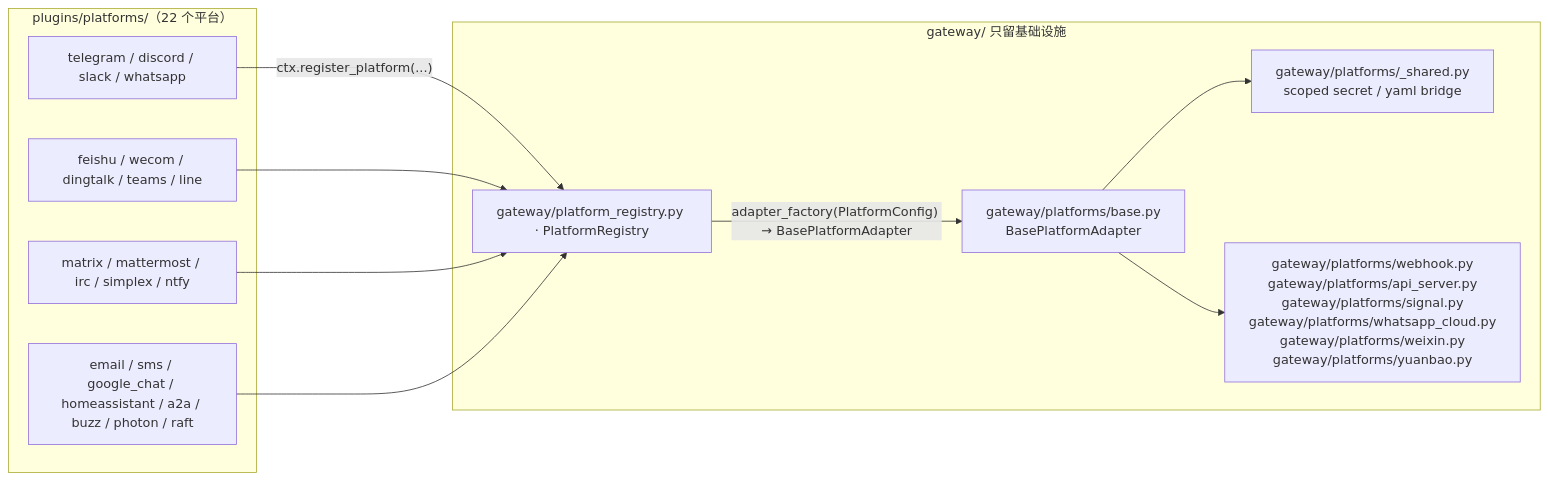
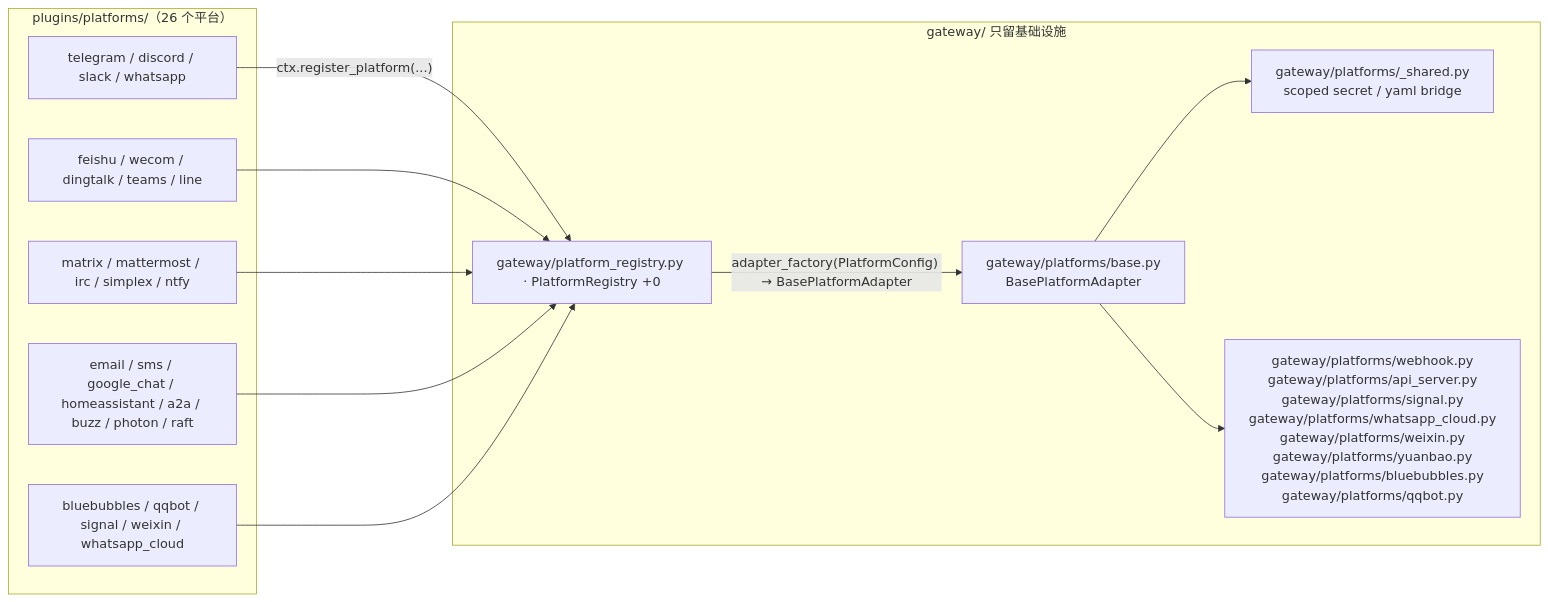
The third of 3 diagrams in docs/sourceReader/09-技能系统与插件架构.md (adrian9778/hermes-agent), drawn with Mermaid before and after one commit. The commit also changed other lines of this file and 5 other files, not shown here.

````diff
--- a/docs/sourceReader/09-技能系统与插件架构.md
+++ b/docs/sourceReader/09-技能系统与插件架构.md
@@ -167,22 +195,24 @@
 ```mermaid
 flowchart LR
     subgraph CORE ["gateway/ 只留基础设施"]
       B["gateway/platforms/base.py<br/>BasePlatformAdapter"]
       S["gateway/platforms/_shared.py<br/>scoped secret / yaml bridge"]
-      X["gateway/platforms/webhook.py<br/>gateway/platforms/api_server.py<br/>gateway/platforms/signal.py<br/>gateway/platforms/whatsapp_cloud.py<br/>gateway/platforms/weixin.py<br/>gateway/platforms/yuanbao.py"]
-      R["gateway/platform_registry.py · PlatformRegistry"]
+      X["gateway/platforms/webhook.py<br/>gateway/platforms/api_server.py<br/>gateway/platforms/signal.py<br/>gateway/platforms/whatsapp_cloud.py<br/>gateway/platforms/weixin.py<br/>gateway/platforms/yuanbao.py<br/>gateway/platforms/bluebubbles.py<br/>gateway/platforms/qqbot.py"]
+      R["gateway/platform_registry.py · PlatformRegistry +0"]
     end
-    subgraph PLUG ["plugins/platforms/（22 个平台）"]
+    subgraph PLUG ["plugins/platforms/（26 个平台）"]
       P1["telegram / discord / slack / whatsapp"]
       P2["feishu / wecom / dingtalk / teams / line"]
       P3["matrix / mattermost / irc / simplex / ntfy"]
       P4["email / sms / google_chat / homeassistant / a2a / buzz / photon / raft"]
+      P5["bluebubbles / qqbot / signal / weixin / whatsapp_cloud"]
     end
     P1 -->|"ctx.register_platform(...)"| R
     P2 --> R
     P3 --> R
     P4 --> R
+    P5 --> R
     R -->|"adapter_factory(PlatformConfig) → BasePlatformAdapter"| B
     B --> S
     B --> X
 ```
````
